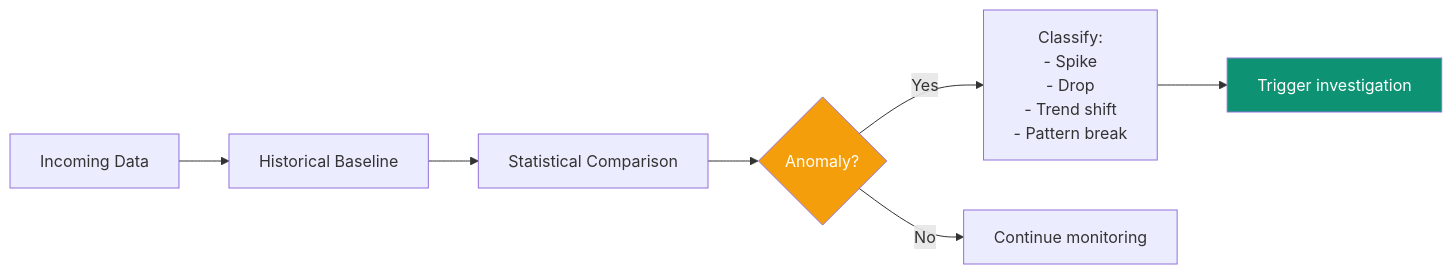
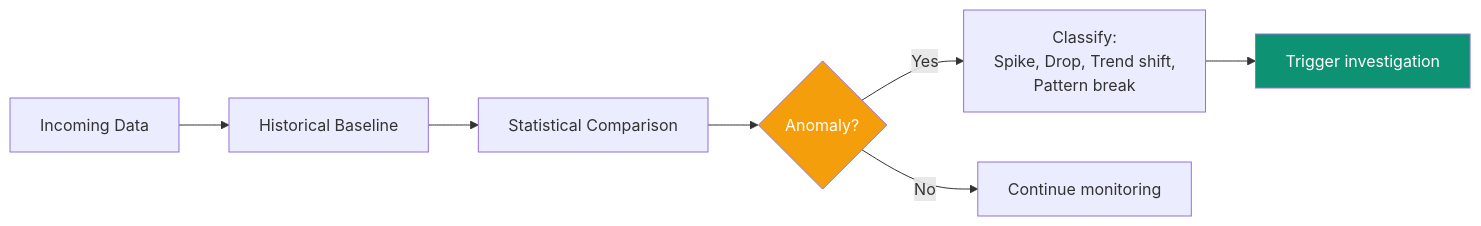
The second of 7 diagrams in ip/automated-analyst.mdx (ashishsuperatom/tech-docs), drawn with Mermaid before and after one commit. The commit also changed other lines of this file and 115 other files, not shown here.

First line of the commit message:
Fix Mermaid diagrams and update documentation

````diff
--- a/ip/automated-analyst.mdx
+++ b/ip/automated-analyst.mdx
@@ -64,14 +64,14 @@
 ```mermaid
 flowchart LR
     DATA["Incoming Data"] --> BASELINE["Historical Baseline"]
     BASELINE --> COMPARE["Statistical Comparison"]
     COMPARE --> ANOMALY{"Anomaly?"}
 
-    ANOMALY -->|Yes| CLASSIFY["Classify:\n- Spike\n- Drop\n- Trend shift\n- Pattern break"]
+    ANOMALY -->|Yes| CLASSIFY["Classify:<br>Spike, Drop, Trend shift,<br>Pattern break"]
     ANOMALY -->|No| CONTINUE["Continue monitoring"]
 
     CLASSIFY --> INVESTIGATE["Trigger investigation"]
 
     style ANOMALY fill:#f59e0b,color:#fff
     style INVESTIGATE fill:#0D9373,color:#fff
 ```
````
